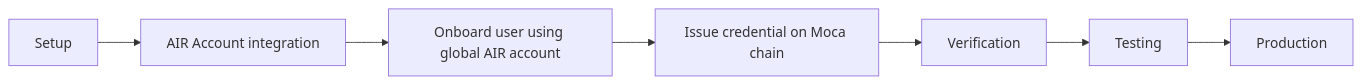
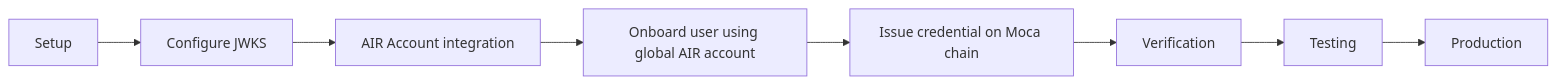
Before and after one commit to MocaNetwork/docs: the diagram in learn/airkit/integration-workflow.mdx, drawn with Mermaid. The commit also changed other lines of this file and 13 other files, not shown here.

First line of the commit message:
Feat: treat JWKS as a blocking dashboard prerequisite for credential SDK flows

````diff
--- a/learn/airkit/integration-workflow.mdx
+++ b/learn/airkit/integration-workflow.mdx
@@ -26,9 +27,10 @@
 ```mermaid
 graph LR
-    A[Setup] --> B[AIR Account integration]
+    A[Setup] --> A2[Configure JWKS]
+    A2 --> B[AIR Account integration]
     B --> C[Onboard user using global AIR account]
     C --> D[Issue credential on Moca chain]
     D --> E[Verification]
     E --> F[Testing]
     F --> G[Production]
 ```
````
